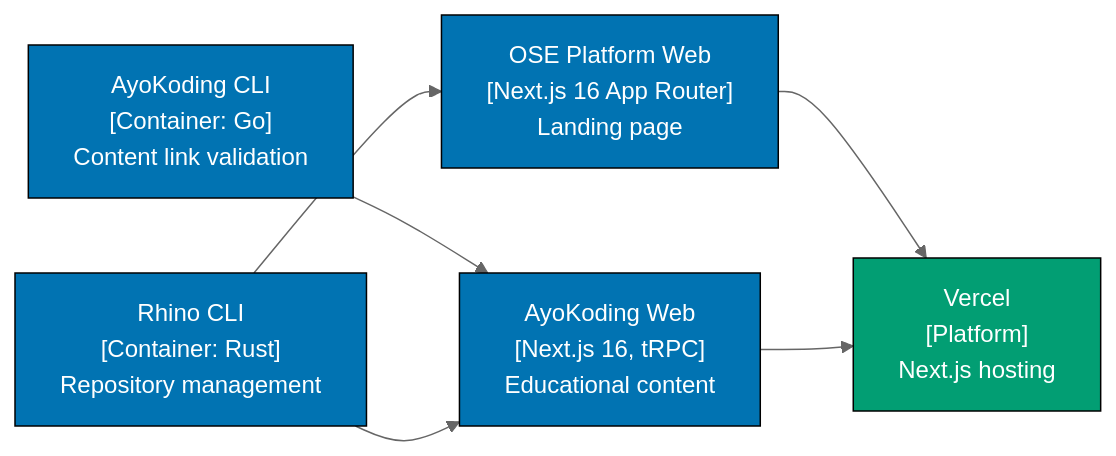
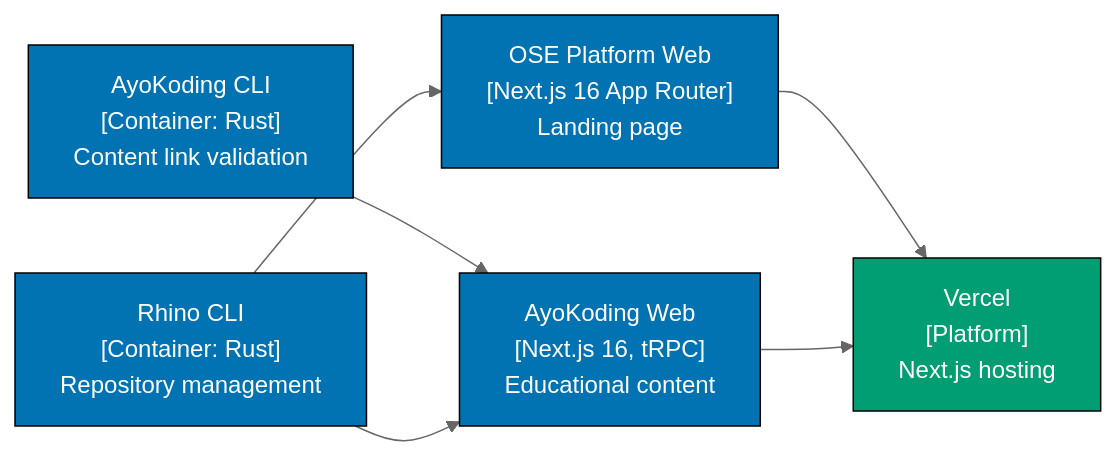
One commit to wahidyankf/baseerah changed the second of 3 diagrams in docs/explanation/software-engineering/architecture/c4-architecture-model/nx-workspace-visualization.md. Above: the diagram before and after it, drawn with Mermaid (neutral theme). The commit also changed other lines of this file and 22 other files, not shown here.

````diff
--- a/docs/explanation/software-engineering/architecture/c4-architecture-model/nx-workspace-visualization.md
+++ b/docs/explanation/software-engineering/architecture/c4-architecture-model/nx-workspace-visualization.md
@@ -110,17 +110,17 @@
 ```mermaid
 graph LR
     OseWeb["OSE Platform Web<br/>[Next.js 16 App Router]<br/>Landing page"]:::blue
     AyoWeb["AyoKoding Web<br/>[Next.js 16, tRPC]<br/>Educational content"]:::blue
-    AyoCLI["AyoKoding CLI<br/>[Container: Go]<br/>Content link validation"]:::blue
+    AyoCLI["AyoKoding CLI<br/>[Container: Rust]<br/>Content link validation"]:::blue
     RhinoCLI["Rhino CLI<br/>[Container: Rust]<br/>Repository management"]:::blue
     Vercel["Vercel<br/>[Platform]<br/>Next.js hosting"]:::teal
 
     AyoCLI --> AyoWeb
     RhinoCLI --> OseWeb
     RhinoCLI --> AyoWeb
     OseWeb --> Vercel
     AyoWeb --> Vercel
 
     classDef blue fill:#0173B2,stroke:#000,color:#FFF
     classDef teal fill:#029E73,stroke:#000,color:#FFF
 ```
````
